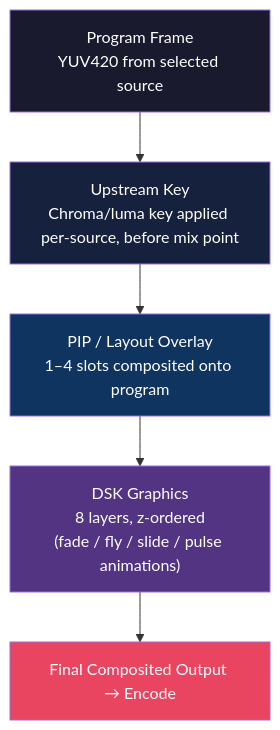
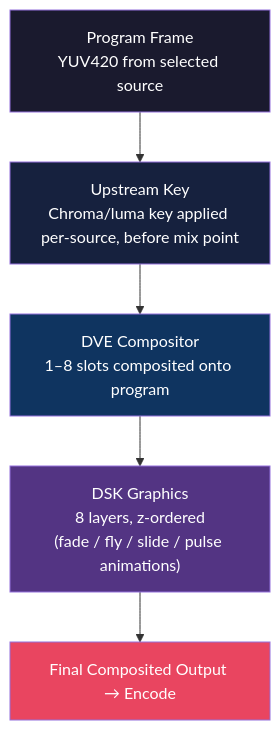
One commit to qvest-digital/dmf-mf-switchframe changed diagram 11 of 25 in docs/architecture.md. Above: the diagram before and after it, drawn with Mermaid. The commit also changed other lines of this file and 68 other files, not shown here.

First line of the commit message:
feat: Consolidate layout/ into DVE as single compositor

````diff
--- a/docs/architecture.md
+++ b/docs/architecture.md
@@ -386,19 +386,19 @@
 ```mermaid
 flowchart TD
     TOP["Final Composited Output → Encode"]
     GFX["DSK Graphics<br/>8 layers, z-ordered<br/>(fade / fly / slide / pulse animations)"]
-    PIP["PIP / Layout Overlay<br/>1–4 slots composited onto program"]
+    DVE2["DVE Compositor<br/>1–8 slots composited onto program"]
     KEY["Upstream Key<br/>Chroma/luma key applied per-source, before mix point"]
     BASE["Program Frame<br/>YUV420 from selected source"]
 
     BASE --> KEY
-    KEY --> PIP
-    PIP --> GFX
+    KEY --> DVE2
+    DVE2 --> GFX
     GFX --> TOP
 
     style BASE fill:#1a1a2e,color:#fff
     style KEY fill:#16213e,color:#fff
-    style PIP fill:#0f3460,color:#fff
+    style DVE2 fill:#0f3460,color:#fff
     style GFX fill:#533483,color:#fff
     style TOP fill:#e94560,color:#fff
 ```
````
